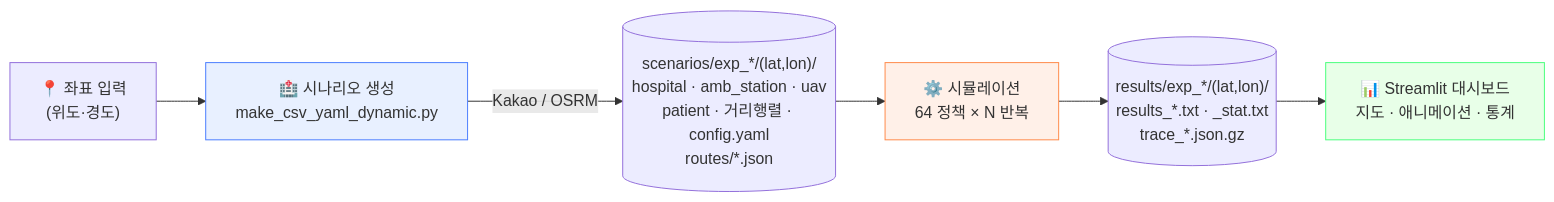
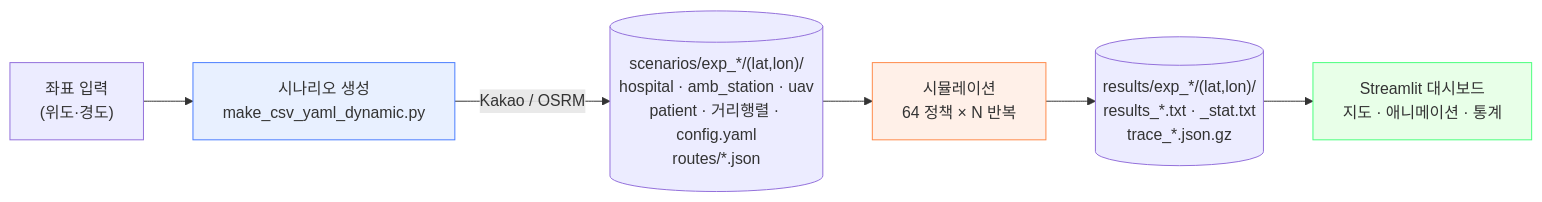
Before and after one commit to bbcc1017/MCI_ADV: the diagram in README.md, drawn with Mermaid. The commit also changed other lines of this file and 4 other files, not shown here.

````diff
--- a/README.md
+++ b/README.md
@@ -87,12 +98,12 @@
 ```mermaid
 flowchart LR
-    A["📍 좌표 입력<br/>(위도·경도)"] --> B["🏥 시나리오 생성<br/>make_csv_yaml_dynamic.py"]
+    A["좌표 입력<br/>(위도·경도)"] --> B["시나리오 생성<br/>make_csv_yaml_dynamic.py"]
     B -->|"Kakao / OSRM"| C[("scenarios/exp_*/(lat,lon)/<br/>hospital · amb_station · uav<br/>patient · 거리행렬 · config.yaml<br/>routes/*.json")]
-    C --> D["⚙️ 시뮬레이션<br/>64 정책 × N 반복"]
+    C --> D["시뮬레이션<br/>64 정책 × N 반복"]
     D --> E[("results/exp_*/(lat,lon)/<br/>results_*.txt · _stat.txt<br/>trace_*.json.gz")]
-    E --> F["📊 Streamlit 대시보드<br/>지도 · 애니메이션 · 통계"]
+    E --> F["Streamlit 대시보드<br/>지도 · 애니메이션 · 통계"]
 
     style B fill:#e8f0ff,stroke:#4a7dff
     style D fill:#fff0e8,stroke:#ff8a4a
     style F fill:#e8ffe8,stroke:#4aff7d
 ```
````
